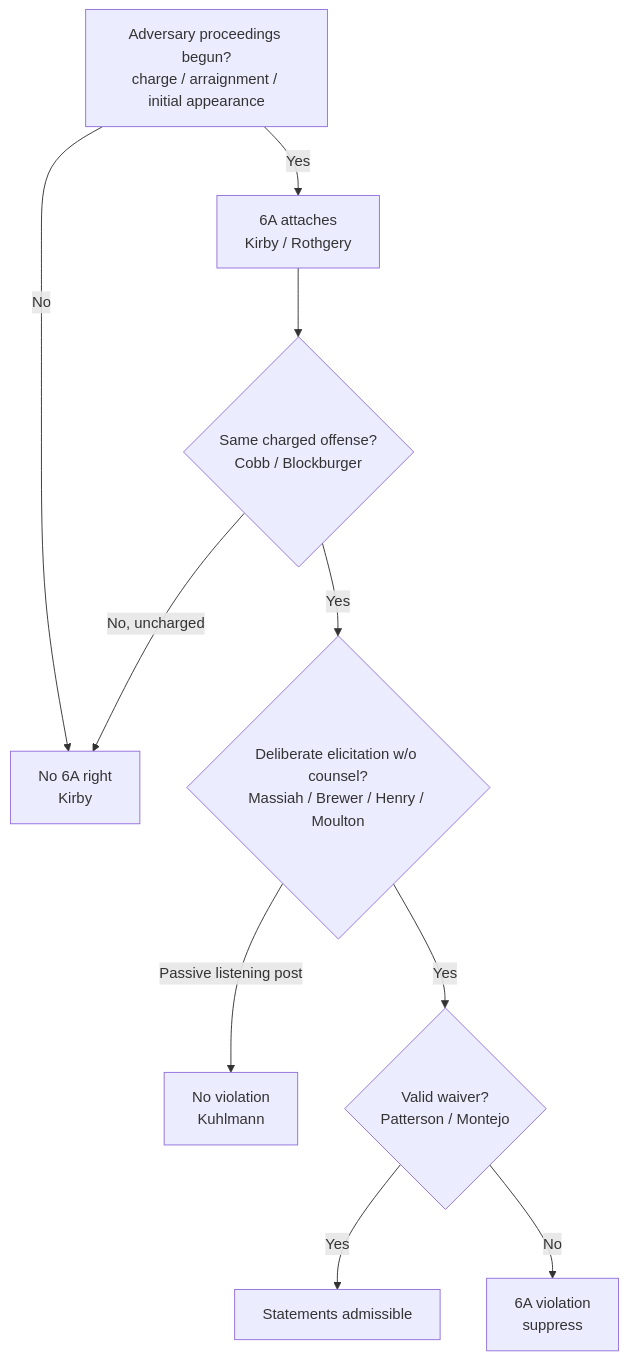
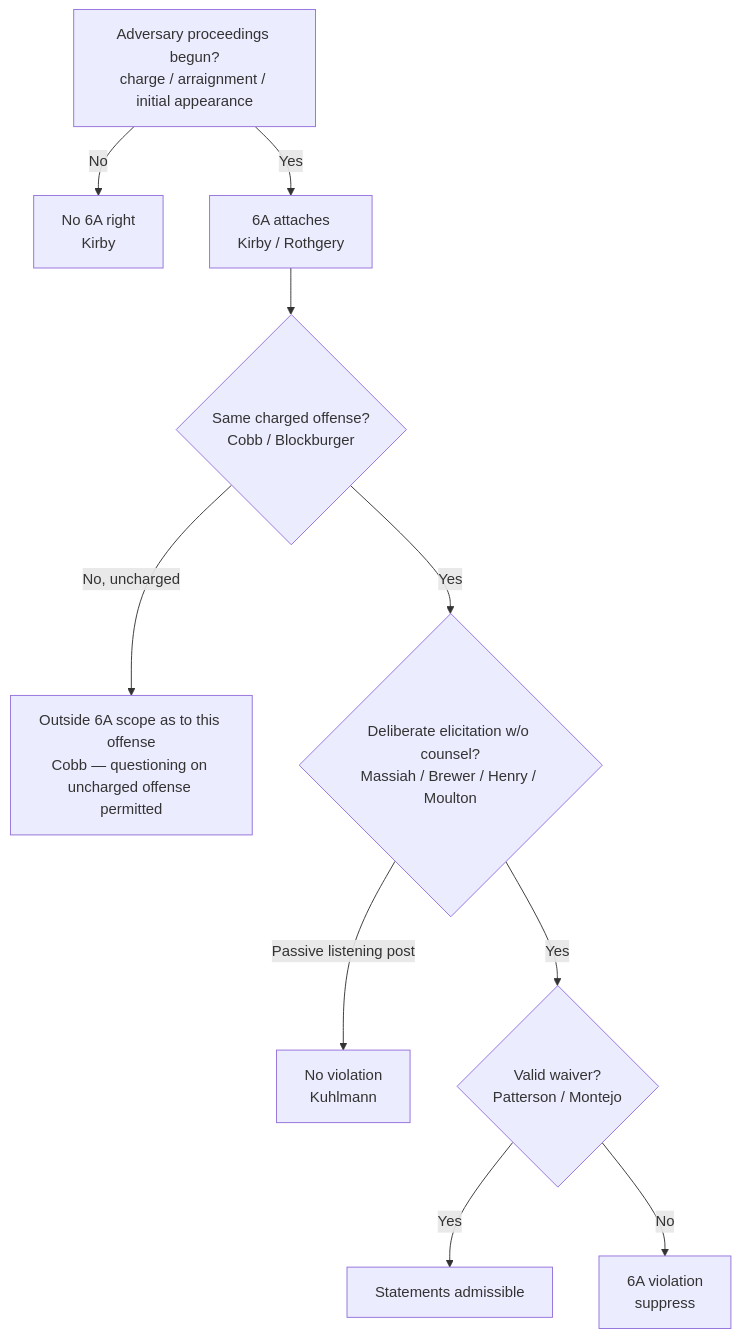
Before and after one commit to Enragedsaturday/cssi: the diagram in content/Sixth Amendment Right to Counsel.md, drawn with Mermaid. The commit also changed other lines of this file and 38 other files, not shown here.

````diff
--- a/content/Sixth Amendment Right to Counsel.md
+++ b/content/Sixth Amendment Right to Counsel.md
@@ -60,12 +63,12 @@
 ```mermaid
 flowchart TD
     A[Adversary proceedings begun?<br/>charge / arraignment / initial appearance] -->|No| B[No 6A right<br/>Kirby]
     A -->|Yes| C[6A attaches<br/>Kirby / Rothgery]
     C --> D{Same charged offense?<br/>Cobb / Blockburger}
-    D -->|No, uncharged| B
+    D -->|No, uncharged| J[Outside 6A scope as to this offense<br/>Cobb — questioning on uncharged offense permitted]
     D -->|Yes| E{Deliberate elicitation w/o counsel?<br/>Massiah / Brewer / Henry / Moulton}
     E -->|Passive listening post| F[No violation<br/>Kuhlmann]
     E -->|Yes| G{Valid waiver?<br/>Patterson / Montejo}
     G -->|Yes| H[Statements admissible]
     G -->|No| I[6A violation<br/>suppress]
 ```
````
